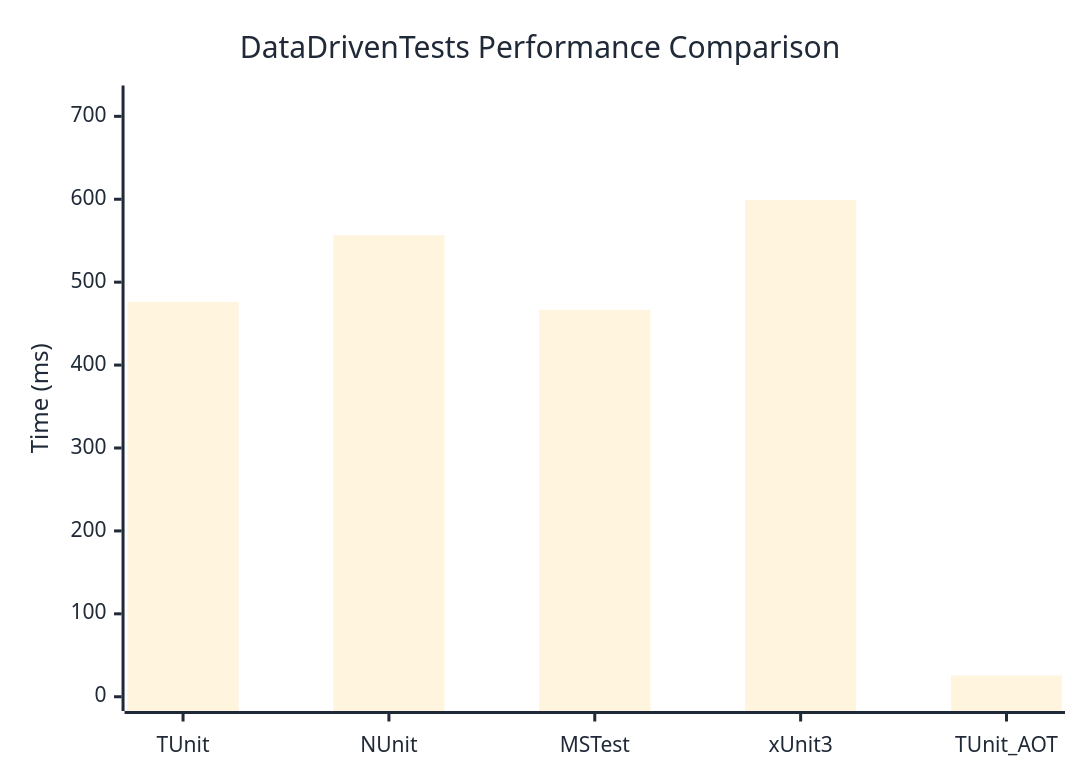
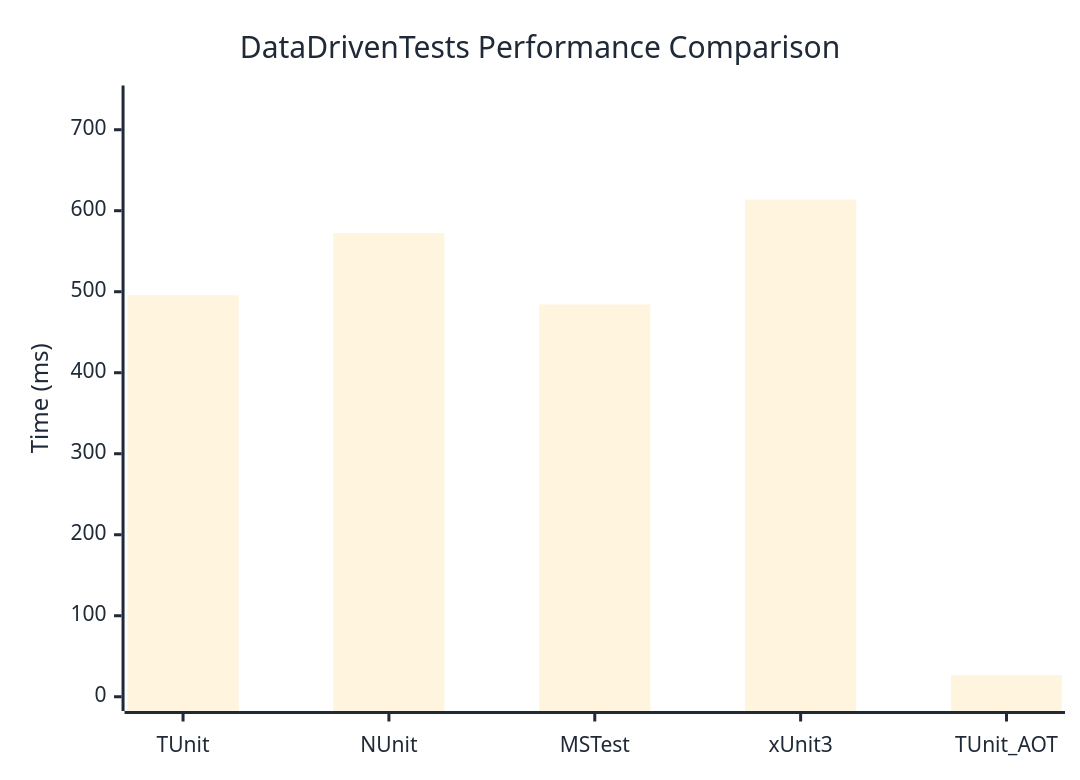
One commit to weiyilai/TUnit changed the diagram in docs/docs/benchmarks/DataDrivenTests.md. Above: the diagram before and after it, drawn with Mermaid. The commit also changed other lines of this file and 17 other files, not shown here.

````diff
--- a/docs/docs/benchmarks/DataDrivenTests.md
+++ b/docs/docs/benchmarks/DataDrivenTests.md
@@ -27,37 +27,37 @@
 ```mermaid
 %%{init: {
   'theme':'base',
   'themeVariables': {
     'primaryColor': '#2563eb',
     'primaryTextColor': '#1f2937',
     'primaryBorderColor': '#1e40af',
     'lineColor': '#6b7280',
     'secondaryColor': '#7c3aed',
     'tertiaryColor': '#dc2626',
     'background': '#ffffff',
     'mainBkg': '#2563eb',
     'secondBkg': '#7c3aed',
     'tertiaryBkg': '#dc2626',
     'clusterBkg': '#f3f4f6',
     'edgeLabelBackground': '#ffffff',
     'tertiaryTextColor': '#1f2937',
     'pie1': '#2563eb',
     'pie2': '#7c3aed',
     'pie3': '#dc2626',
     'pie4': '#f59e0b',
     'pie5': '#10b981',
     'pie6': '#06b6d4',
     'pie7': '#ec4899',
     'pie8': '#6366f1',
     'pie9': '#84cc16',
     'pie10': '#f97316',
     'pie11': '#14b8a6',
     'pie12': '#a855f7'
   }
 }}%%
 xychart-beta
   title "DataDrivenTests Performance Comparison"
   x-axis ["TUnit", "NUnit", "MSTest", "xUnit3", "TUnit_AOT"]
-  y-axis "Time (ms)" 0 --> 720
-  bar [476.24, 556.51, 466.61, 599.18, 25.55]
+  y-axis "Time (ms)" 0 --> 737
+  bar [495.61, 572.29, 484.28, 613.71, 26.84]
 ```
````
